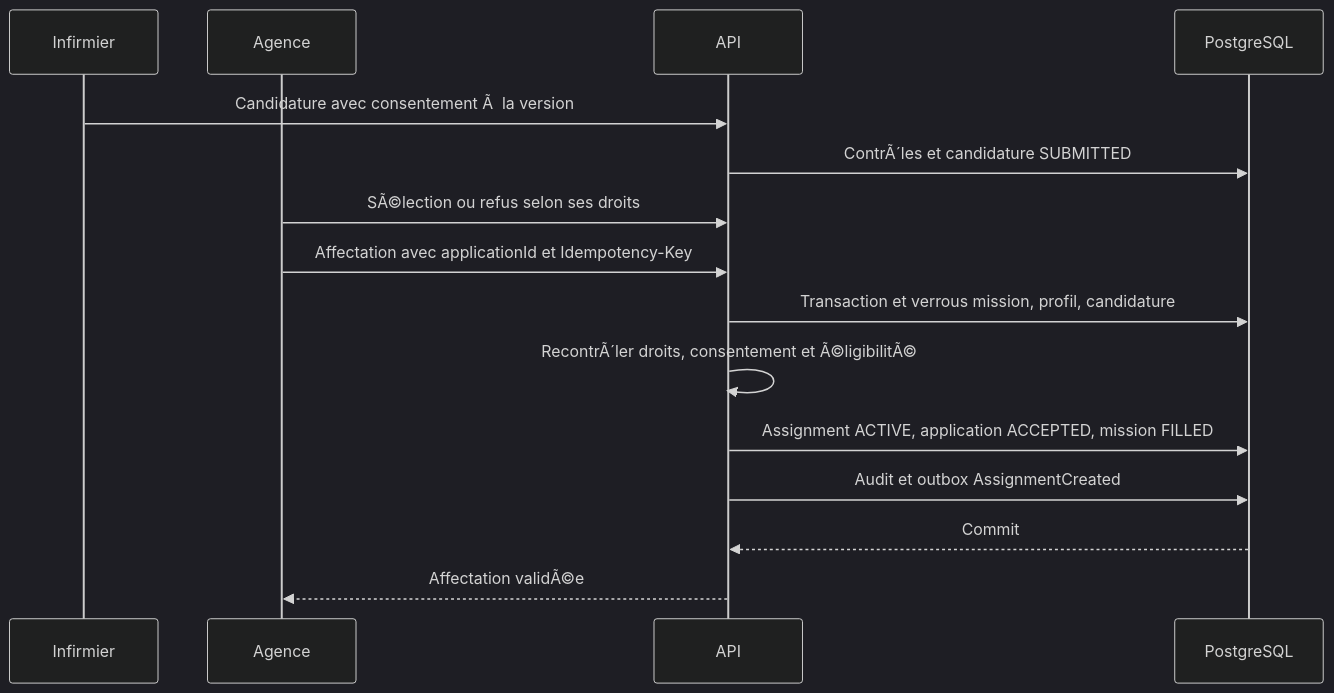
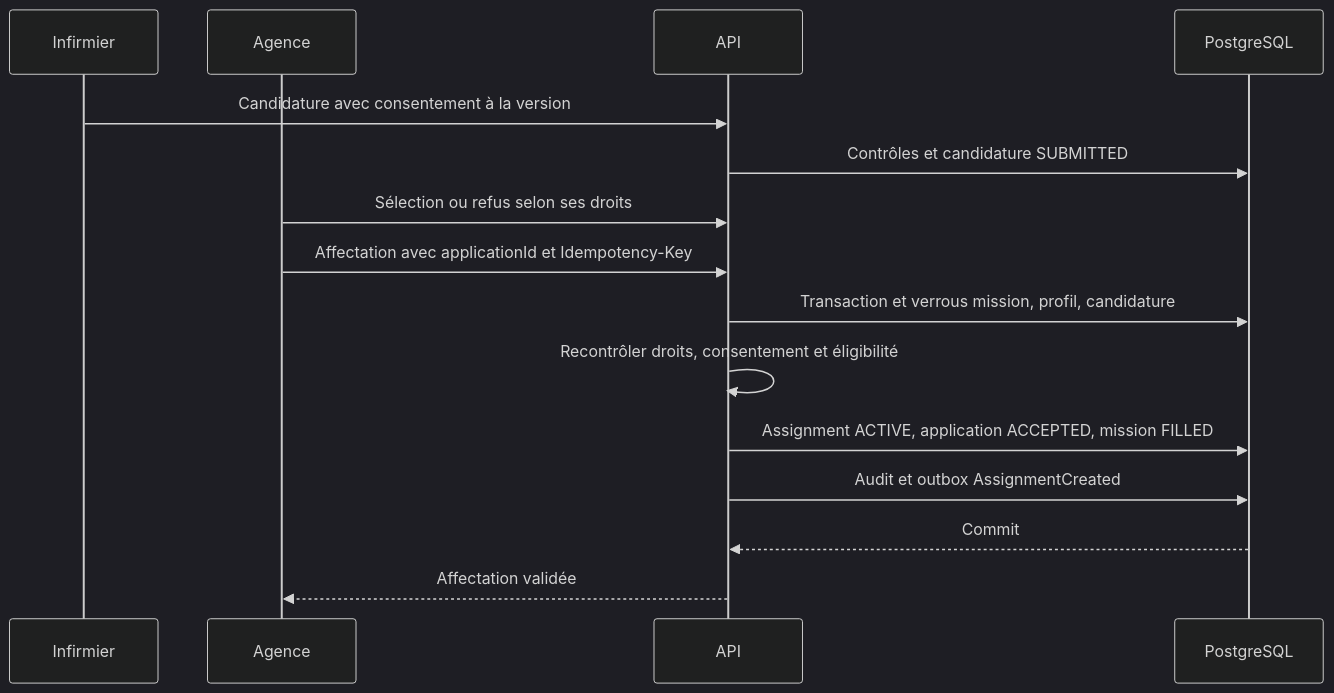
One commit to lebretyves/Infimactch_Prod changed the fifth of 8 diagrams in docs/FLUX_V1.md. Above: the diagram before and after it, drawn with Mermaid (dark theme). The commit also changed other lines of this file and 67 other files, not shown here.

Commit message:
docs: refresh architecture flows and delivery documentation

````diff
--- a/docs/FLUX_V1.md
+++ b/docs/FLUX_V1.md
@@ -69,17 +90,17 @@
 ```mermaid
 sequenceDiagram
     participant Infirmier
     participant Agence
     participant API
     participant PostgreSQL
-    Infirmier->>API: Candidature avec consentement Ã  la version
-    API->>PostgreSQL: ContrÃ´les et candidature SUBMITTED
-    Agence->>API: SÃ©lection ou refus selon ses droits
+    Infirmier->>API: Candidature avec consentement à la version
+    API->>PostgreSQL: Contrôles et candidature SUBMITTED
+    Agence->>API: Sélection ou refus selon ses droits
     Agence->>API: Affectation avec applicationId et Idempotency-Key
     API->>PostgreSQL: Transaction et verrous mission, profil, candidature
-    API->>API: RecontrÃ´ler droits, consentement et Ã©ligibilitÃ©
+    API->>API: Recontrôler droits, consentement et éligibilité
     API->>PostgreSQL: Assignment ACTIVE, application ACCEPTED, mission FILLED
     API->>PostgreSQL: Audit et outbox AssignmentCreated
     PostgreSQL-->>API: Commit
-    API-->>Agence: Affectation validÃ©e
+    API-->>Agence: Affectation validée
 ```
````
